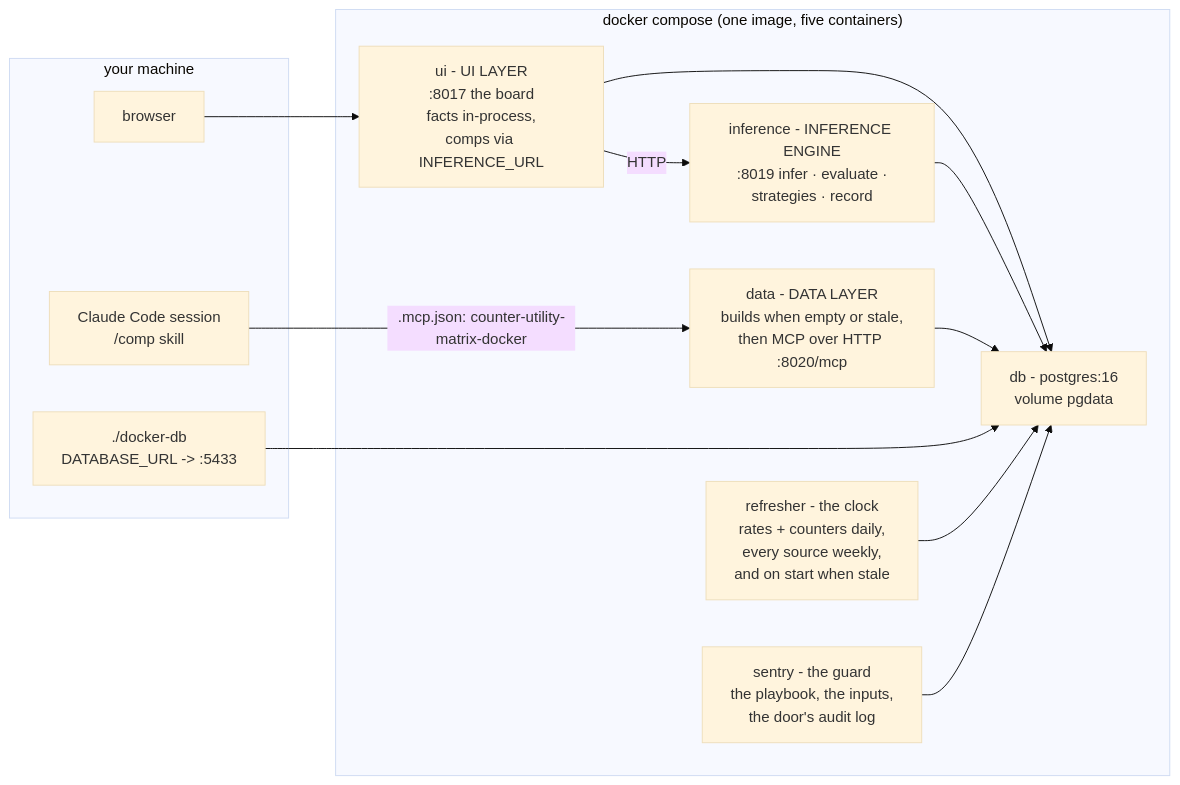
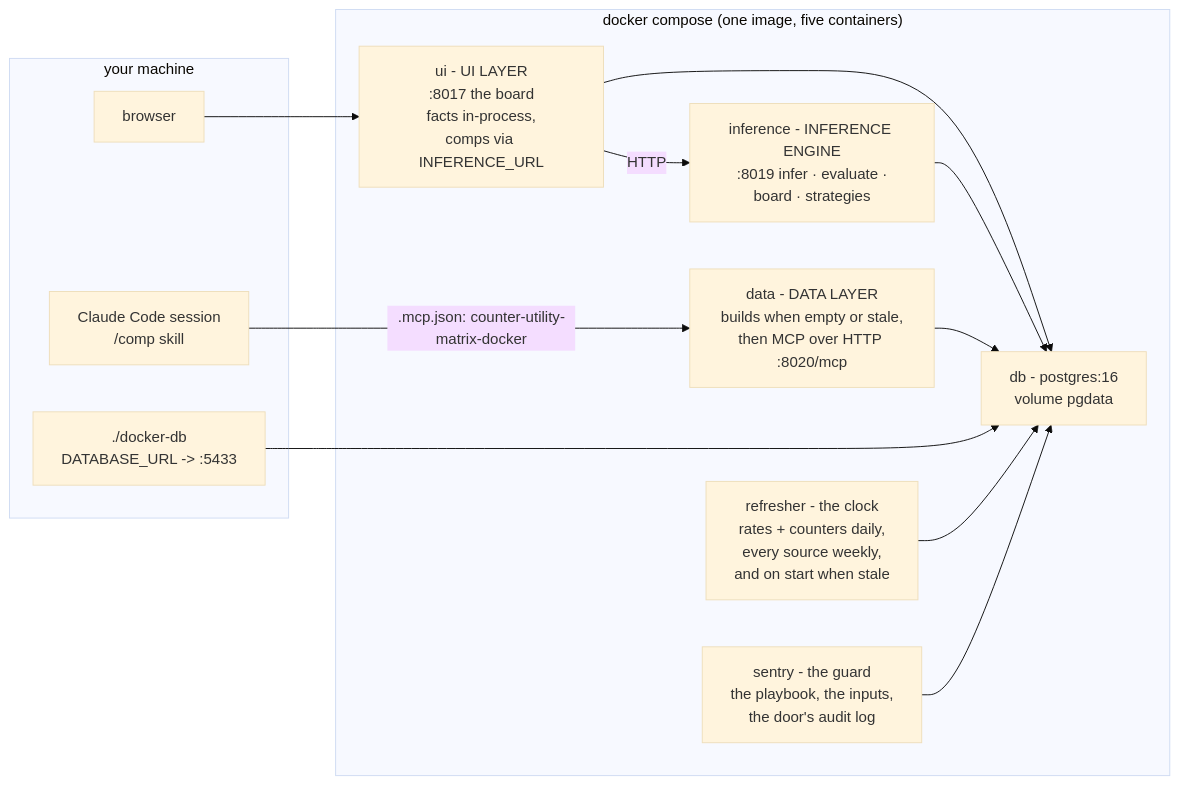
Before and after one commit to mmikol/counter-utility-matrix: the second of 2 diagrams in docs/architecture.md, drawn with Mermaid (base theme). The commit also changed other lines of this file and 42 other files, not shown here.

````diff
--- a/docs/architecture.md
+++ b/docs/architecture.md
@@ -126,25 +126,25 @@
 ```mermaid
 flowchart LR
     subgraph HOST["your machine"]
         SESSION["Claude Code session<br/>/comp skill"]
         BROWSER["browser"]
         SHELL["./docker-db<br/>DATABASE_URL -> :5433"]
     end
     subgraph DOCKER["docker compose (one image, five containers)"]
         DATA["data - DATA LAYER<br/>builds when empty or stale,<br/>then MCP over HTTP :8020/mcp"]
-        INF["inference - INFERENCE ENGINE<br/>:8019 infer · evaluate ·<br/>strategies · record"]
+        INF["inference - INFERENCE ENGINE<br/>:8019 infer · evaluate ·<br/>board · strategies"]
         UI["ui - UI LAYER<br/>:8017 the board<br/>facts in-process,<br/>comps via INFERENCE_URL"]
         DBC["db - postgres:16<br/>volume pgdata"]
         REF["refresher - the clock<br/>rates + counters daily,<br/>every source weekly,<br/>and on start when stale"]
         SEN["sentry - the guard<br/>the playbook, the inputs,<br/>the door's audit log"]
     end
     SESSION -->|".mcp.json: counter-utility-matrix-docker"| DATA
     BROWSER --> UI
     UI -->|"HTTP"| INF
     UI --> DBC
     INF --> DBC
     DATA --> DBC
     SHELL --> DBC
     REF --> DBC
     SEN --> DBC
 ```
````
